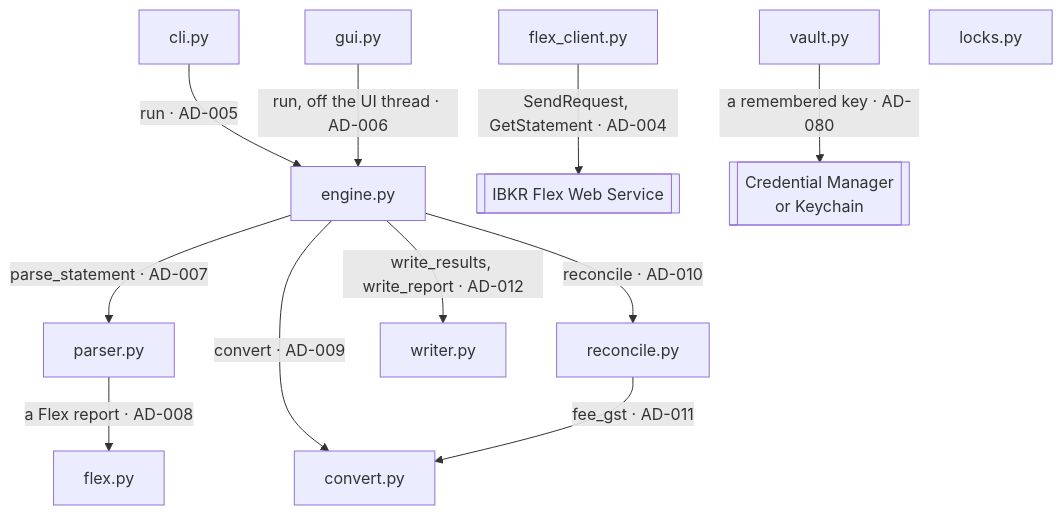
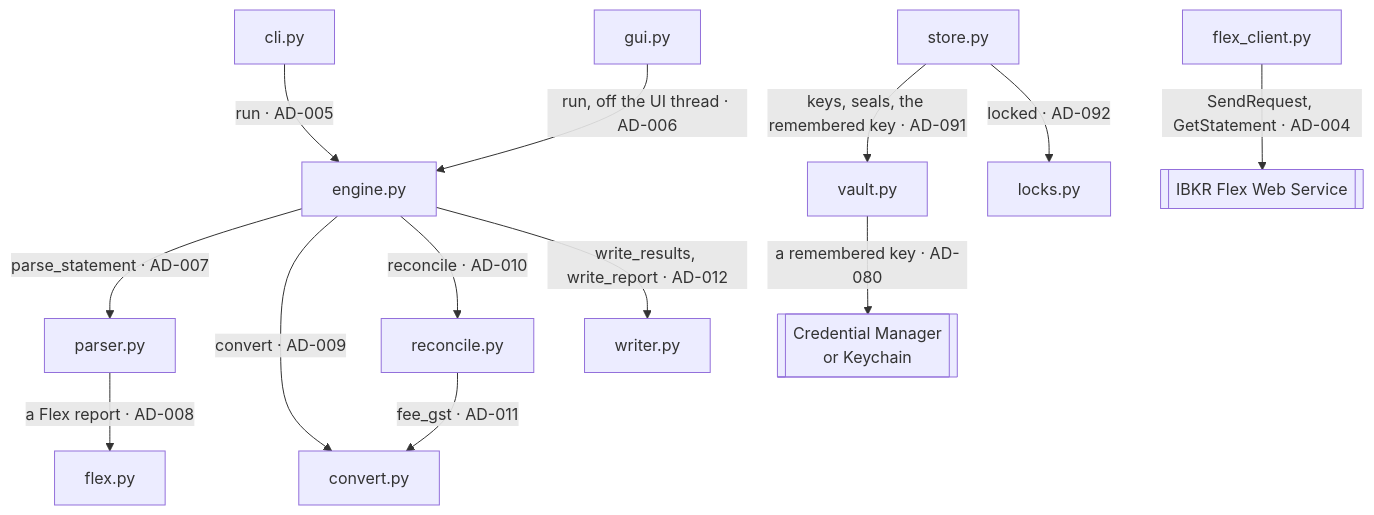
One commit to skoulik/IBKR-to-Xero changed the second of 2 diagrams in ARCHITECTURE.md. Above: the diagram before and after it, drawn with Mermaid. The commit also changed other lines of this file and 7 other files, not shown here.

````diff
--- a/ARCHITECTURE.md
+++ b/ARCHITECTURE.md
@@ -81,27 +81,30 @@
 ```mermaid
 flowchart TD
     cli["cli.py"]
     gui["gui.py"]
     engine["engine.py"]
     parser["parser.py"]
     flex["flex.py"]
     convert["convert.py"]
     reconcile["reconcile.py"]
     writer["writer.py"]
     client["flex_client.py"]
+    store["store.py"]
     vault["vault.py"]
     locks["locks.py"]
     ibkr[["IBKR Flex Web Service"]]
     creds[["Credential Manager<br/>or Keychain"]]
 
     cli -->|run · AD-005| engine
     gui -->|run, off the UI thread · AD-006| engine
     engine -->|parse_statement · AD-007| parser
     parser -->|a Flex report · AD-008| flex
     engine -->|convert · AD-009| convert
     engine -->|reconcile · AD-010| reconcile
     reconcile -->|fee_gst · AD-011| convert
     engine -->|write_results, write_report · AD-012| writer
     client -->|SendRequest, GetStatement · AD-004| ibkr
     vault -->|a remembered key · AD-080| creds
+    store -->|keys, seals, the remembered key · AD-091| vault
+    store -->|locked · AD-092| locks
 ```
````
